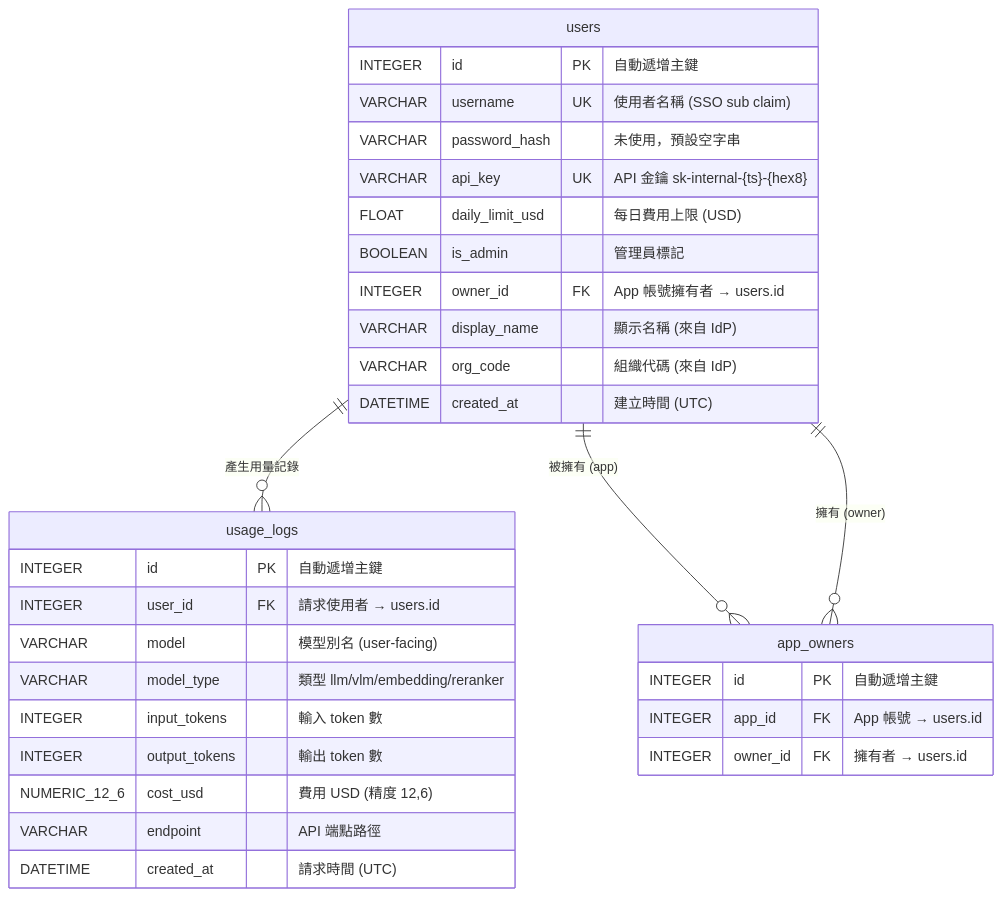
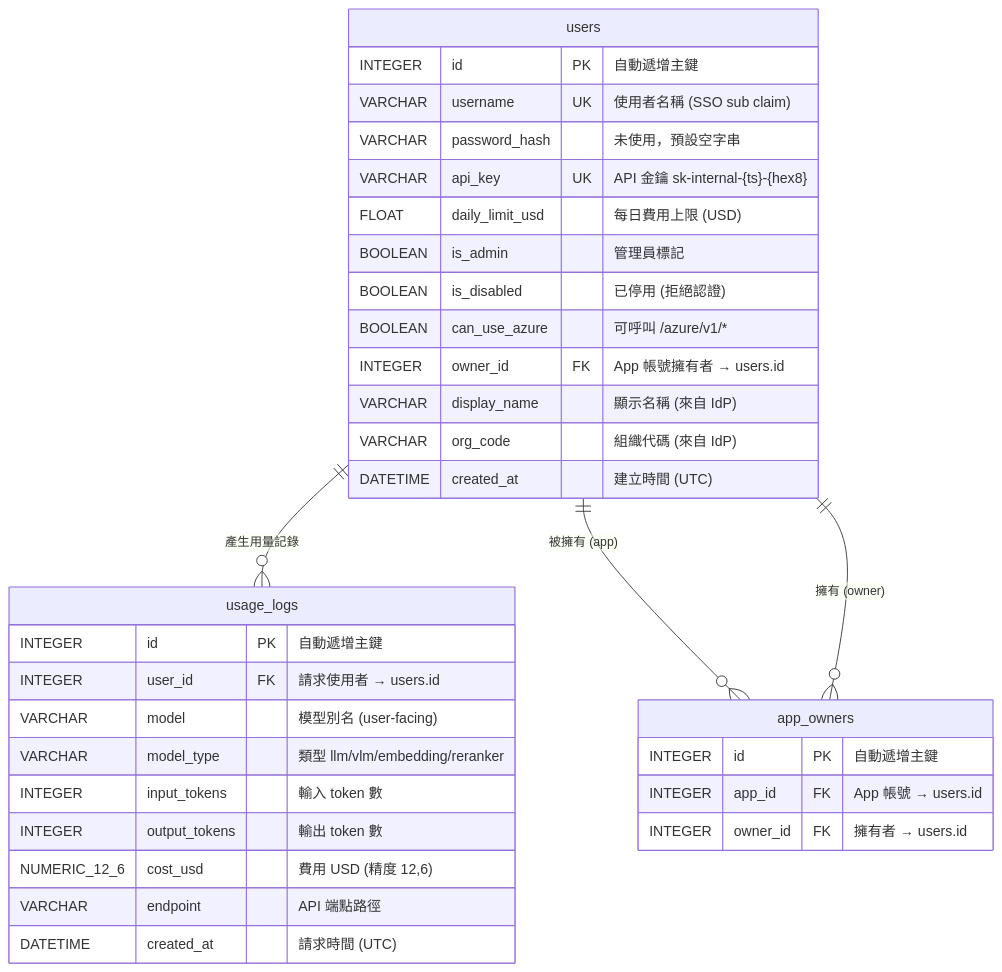
Before and after one commit to bwinken/llm-gateway: the first of 3 diagrams in app/models/README.zh-TW.md, drawn with Mermaid. The commit also changed other lines of this file and 28 other files, not shown here.

````diff
--- a/app/models/README.zh-TW.md
+++ b/app/models/README.zh-TW.md
@@ -15,37 +15,39 @@
 ```mermaid
 erDiagram
     users {
         INTEGER id PK "自動遞增主鍵"
         VARCHAR username UK "使用者名稱 (SSO sub claim)"
         VARCHAR password_hash "未使用，預設空字串"
         VARCHAR api_key UK "API 金鑰 sk-internal-{ts}-{hex8}"
         FLOAT daily_limit_usd "每日費用上限 (USD)"
         BOOLEAN is_admin "管理員標記"
+        BOOLEAN is_disabled "已停用 (拒絕認證)"
+        BOOLEAN can_use_azure "可呼叫 /azure/v1/*"
         INTEGER owner_id FK "App 帳號擁有者 → users.id"
         VARCHAR display_name "顯示名稱 (來自 IdP)"
         VARCHAR org_code "組織代碼 (來自 IdP)"
         DATETIME created_at "建立時間 (UTC)"
     }
 
     usage_logs {
         INTEGER id PK "自動遞增主鍵"
         INTEGER user_id FK "請求使用者 → users.id"
         VARCHAR model "模型別名 (user-facing)"
         VARCHAR model_type "類型 llm/vlm/embedding/reranker"
         INTEGER input_tokens "輸入 token 數"
         INTEGER output_tokens "輸出 token 數"
         NUMERIC_12_6 cost_usd "費用 USD (精度 12,6)"
         VARCHAR endpoint "API 端點路徑"
         DATETIME created_at "請求時間 (UTC)"
     }
 
     app_owners {
         INTEGER id PK "自動遞增主鍵"
         INTEGER app_id FK "App 帳號 → users.id"
         INTEGER owner_id FK "擁有者 → users.id"
     }
 
     users ||--o{ usage_logs : "產生用量記錄"
     users ||--o{ app_owners : "被擁有 (app)"
     users ||--o{ app_owners : "擁有 (owner)"
 ```
````
